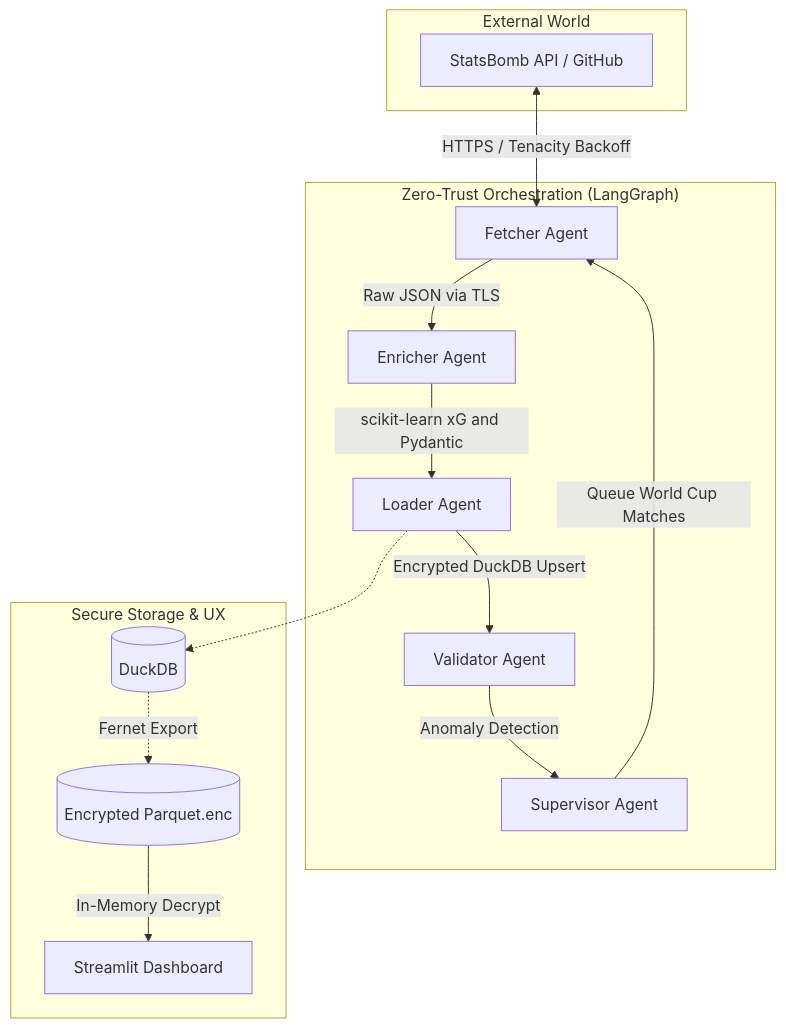
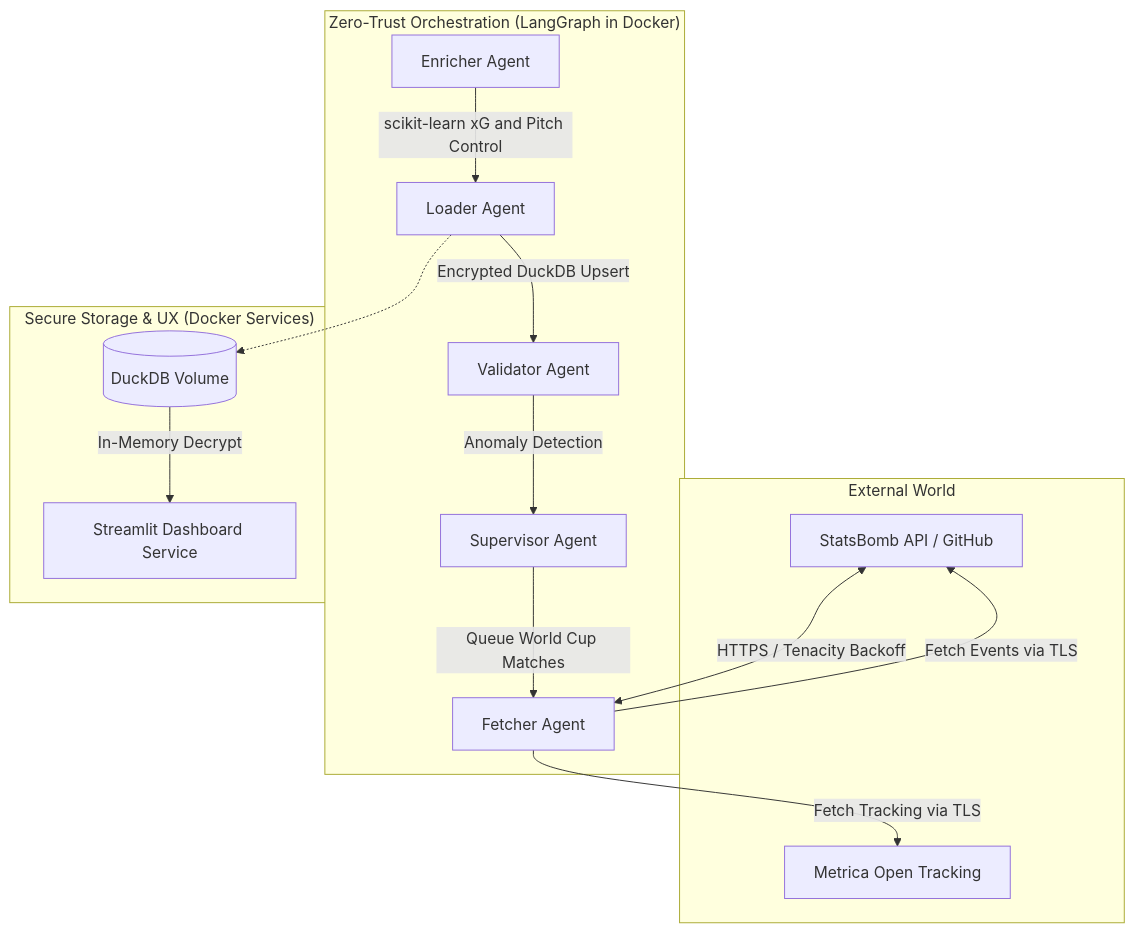
Before and after one commit to dennisgathu8/AgentRZA: the diagram in README.md, drawn with Mermaid. The commit also changed other lines of this file and 15 other files, not shown here.

Commit message:
feat(enterprise): integration of Automated CI/CD, Dockerization, and Metrica Optical Tracking ML

````diff
--- a/README.md
+++ b/README.md
@@ -20,32 +26,32 @@
 ```mermaid
 graph TD
     subgraph "External World"
         SB[StatsBomb API / GitHub]
+        MT[Metrica Open Tracking]
     end
 
-    subgraph "Zero-Trust Orchestration (LangGraph)"
+    subgraph "Zero-Trust Orchestration (LangGraph in Docker)"
         O[Supervisor Agent]
         F[Fetcher Agent]
         E[Enricher Agent]
         L[Loader Agent]
         V[Validator Agent]
         
         O -->|Queue World Cup Matches| F
-        F -->|Raw JSON via TLS| E
-        E -->|scikit-learn xG and Pydantic| L
+        F -->|Fetch Events via TLS| SB
+        F -->|Fetch Tracking via TLS| MT
+        E -->|scikit-learn xG and Pitch Control| L
         L -->|Encrypted DuckDB Upsert| V
         V -->|Anomaly Detection| O
     end
 
-    subgraph "Secure Storage & UX"
-        DB[(DuckDB)]
-        Parquet[(Encrypted Parquet.enc)]
-        ST[Streamlit Dashboard]
+    subgraph "Secure Storage & UX (Docker Services)"
+        DB[(DuckDB Volume)]
+        ST[Streamlit Dashboard Service]
         
         L -.-> DB
-        DB -.->|Fernet Export| Parquet
-        Parquet -->|In-Memory Decrypt| ST
+        DB -->|In-Memory Decrypt| ST
     end
 
     SB <-->|HTTPS / Tenacity Backoff| F
 ```
````
